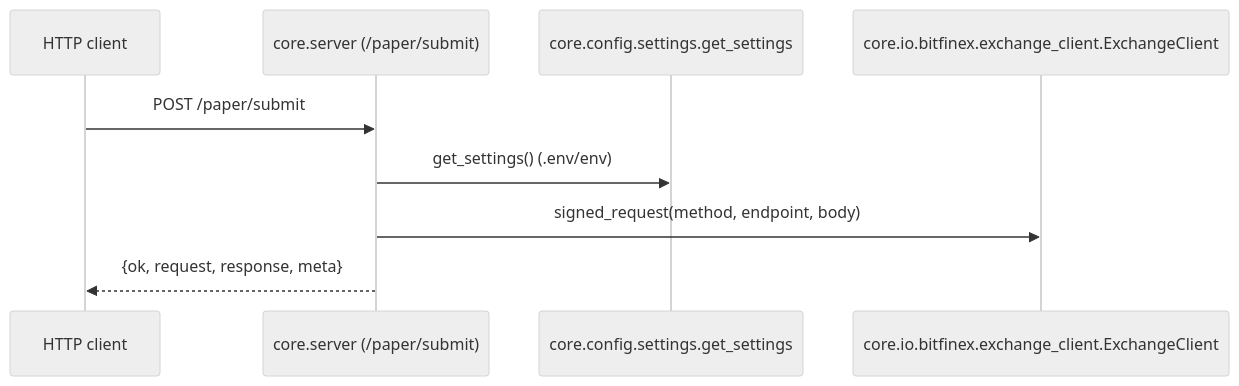
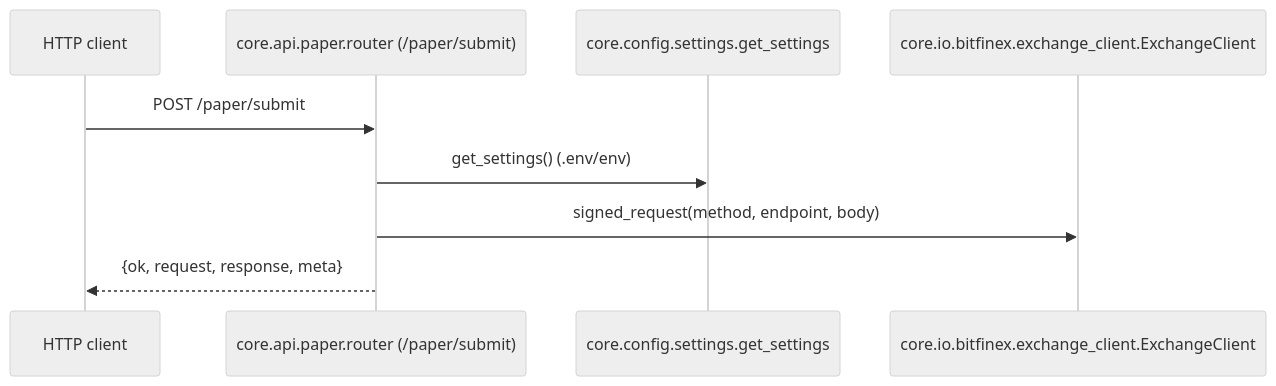
The seventh of 11 diagrams in docs/architecture/ARCHITECTURE_VISUAL.md (JohnCCarter/Genesis-Core), drawn with Mermaid (neutral theme) before and after one commit. The commit also changed other lines of this file and 40 other files, not shown here.

````diff
--- a/docs/architecture/ARCHITECTURE_VISUAL.md
+++ b/docs/architecture/ARCHITECTURE_VISUAL.md
@@ -324,12 +324,12 @@
 ```mermaid
 sequenceDiagram
   participant Client as HTTP client
-  participant API as core.server (/paper/submit)
+  participant API as core.api.paper.router (/paper/submit)
   participant Settings as core.config.settings.get_settings
   participant EC as core.io.bitfinex.exchange_client.ExchangeClient
 
   Client->>API: POST /paper/submit
   API->>Settings: get_settings() (.env/env)
   API->>EC: signed_request(method, endpoint, body)
   API-->>Client: {ok, request, response, meta}
 ```
````
